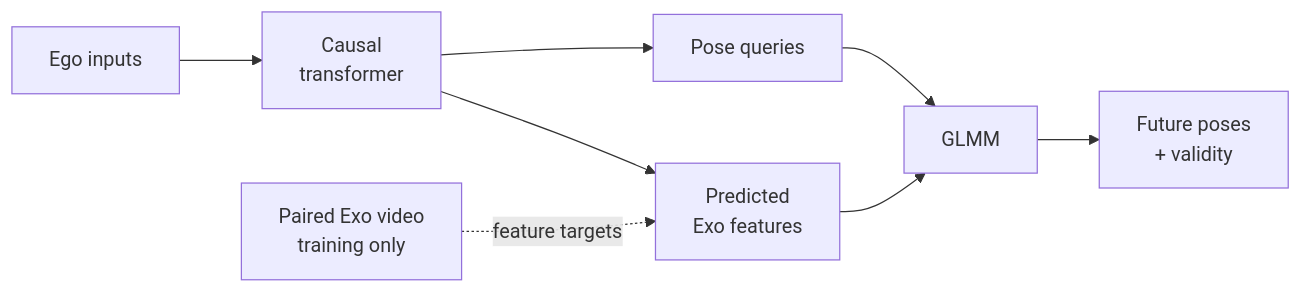
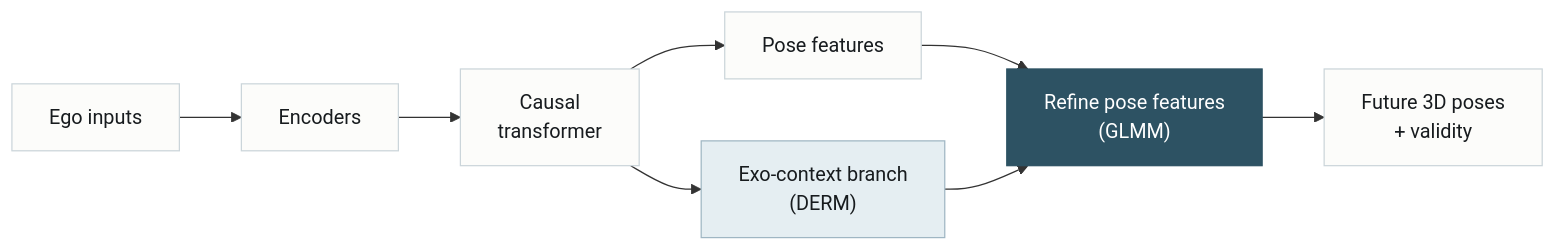
The diagram in presentation/exo2egopose/architecture.mmd (nielspet04/R-D_Group2), drawn with Mermaid before and after one commit. The commit also changed 15 other files, not shown here.

Commit message:
flow change with extra chart

```diff
--- a/presentation/exo2egopose/architecture.mmd
+++ b/presentation/exo2egopose/architecture.mmd
@@ -1,8 +1,14 @@
 flowchart LR
- I["Ego inputs"] --> T["Causal<br/>transformer"]
- T --> P["Pose queries"]
- T --> E["Predicted<br/>Exo features"]
- P --> G["GLMM"]
- E --> G
- G --> H["Future poses<br/>+ validity"]
- X["Paired Exo video<br/>training only"] -. "feature targets" .-> E
+ I["Ego inputs"] --> E["Encoders"]
+ E --> T["Causal<br/>transformer"]
+ T --> P["Pose features"]
+ T --> D["Exo-context branch<br/>(DERM)"]
+ P --> G["Refine pose features<br/>(GLMM)"]
+ D --> G
+ G --> O["Future 3D poses<br/>+ validity"]
+ classDef base fill:#FCFCFA,stroke:#CBD5DA,color:#171B1E
+ classDef context fill:#E5EEF2,stroke:#9FB6C3,color:#171B1E
+ classDef refine fill:#2D5263,stroke:#2D5263,color:#FFFFFF
+ class I,E,T,P,O base
+ class D context
+ class G refine
```
